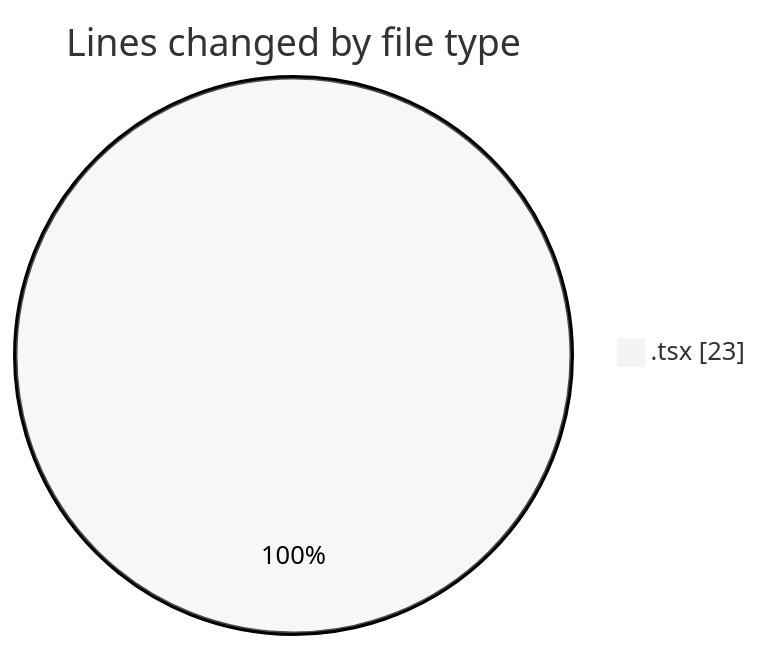
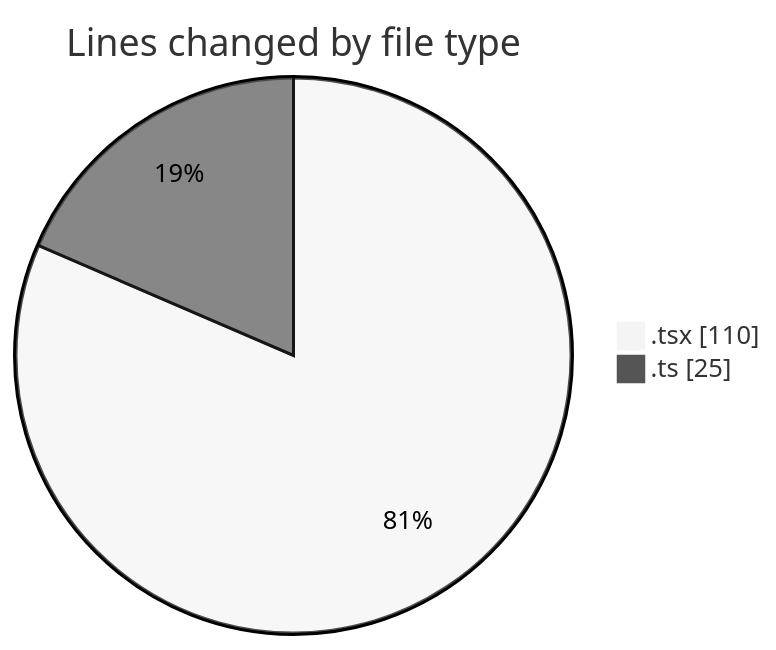
Before and after one commit to robertbonfada/code-tracking: the first of 2 diagrams in 2025-03-19/peregrino-web/README.md, drawn with Mermaid (neutral theme). The commit also changed other lines of this file and 1 other file, not shown here.

````diff
--- a/2025-03-19/peregrino-web/README.md
+++ b/2025-03-19/peregrino-web/README.md
@@ -21,5 +22,6 @@
 ```mermaid
 pie showData
 title Lines changed by file type
-".tsx" : 23
+".tsx" : 110
+".ts" : 25
 ```
````
